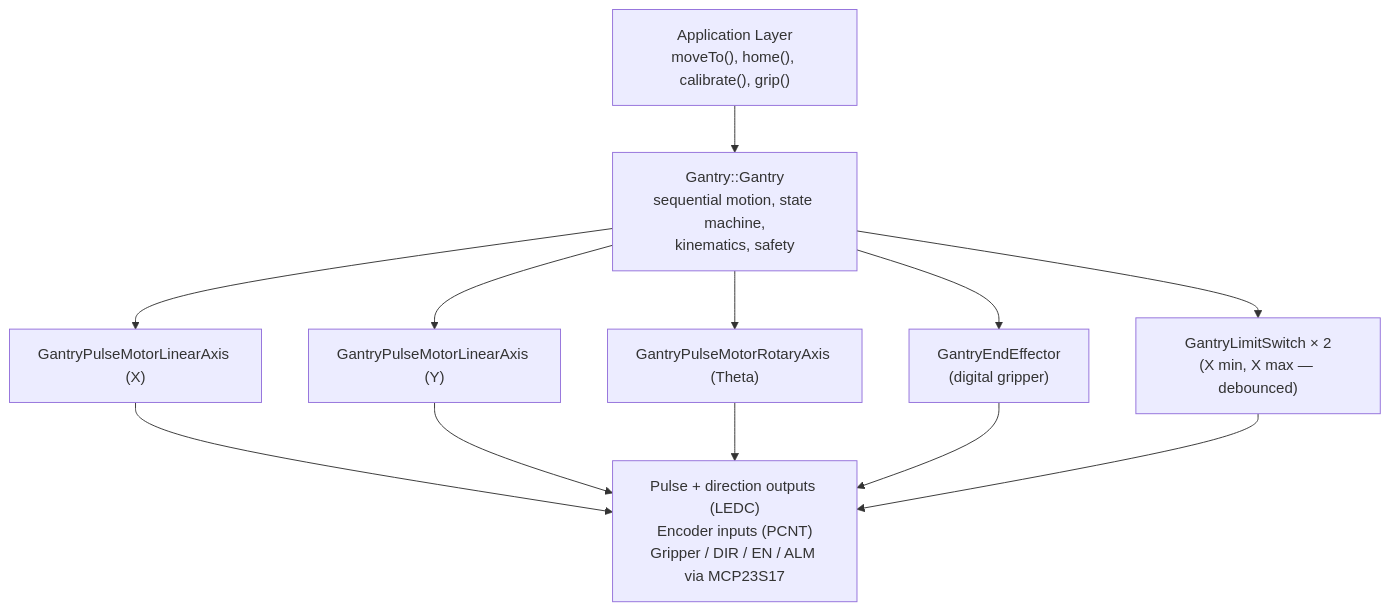
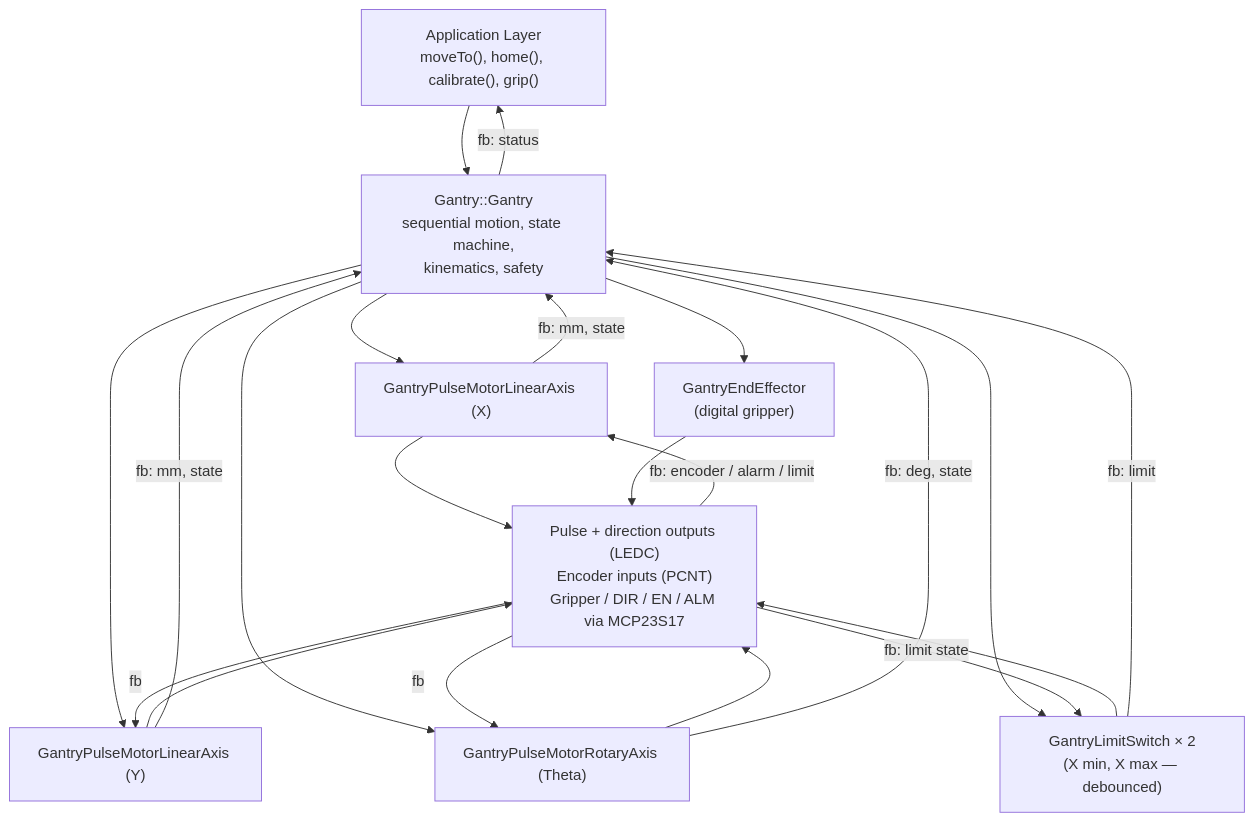
One commit to Mynderse-Research-Lab/wt32-eth01-FreeRTOS changed the diagram in lib/Gantry/docs/ARCHITECTURE.md. Above: the diagram before and after it, drawn with Mermaid. The commit also changed other lines of this file and 2 other files, not shown here.

Commit message:
docs: draw upstream feedback edges in architecture diagrams
Made-with: Cursor

````diff
--- a/lib/Gantry/docs/ARCHITECTURE.md
+++ b/lib/Gantry/docs/ARCHITECTURE.md
@@ -38,23 +38,35 @@
 ```mermaid
 flowchart TD
   App["Application Layer<br/>moveTo(), home(), calibrate(), grip()"]
   Gantry["Gantry::Gantry<br/>sequential motion, state machine,<br/>kinematics, safety"]
   AxisX["GantryPulseMotorLinearAxis (X)"]
   AxisY["GantryPulseMotorLinearAxis (Y)"]
   AxisT["GantryPulseMotorRotaryAxis (Theta)"]
   EE["GantryEndEffector<br/>(digital gripper)"]
   LSX["GantryLimitSwitch × 2<br/>(X min, X max — debounced)"]
   HW["Pulse + direction outputs (LEDC)<br/>Encoder inputs (PCNT)<br/>Gripper / DIR / EN / ALM via MCP23S17"]
 
+  %% ----- downstream (control) -----
   App --> Gantry
   Gantry --> AxisX
   Gantry --> AxisY
   Gantry --> AxisT
   Gantry --> EE
   Gantry --> LSX
   AxisX --> HW
   AxisY --> HW
   AxisT --> HW
   EE --> HW
   LSX --> HW
+
+  %% ----- upstream (feedback) -----
+  HW -- "fb: encoder / alarm / limit" --> AxisX
+  HW -- "fb" --> AxisY
+  HW -- "fb" --> AxisT
+  HW -- "fb: limit state" --> LSX
+  AxisX -- "fb: mm, state" --> Gantry
+  AxisY -- "fb: mm, state" --> Gantry
+  AxisT -- "fb: deg, state" --> Gantry
+  LSX   -- "fb: limit" --> Gantry
+  Gantry -- "fb: status" --> App
 ```
````
